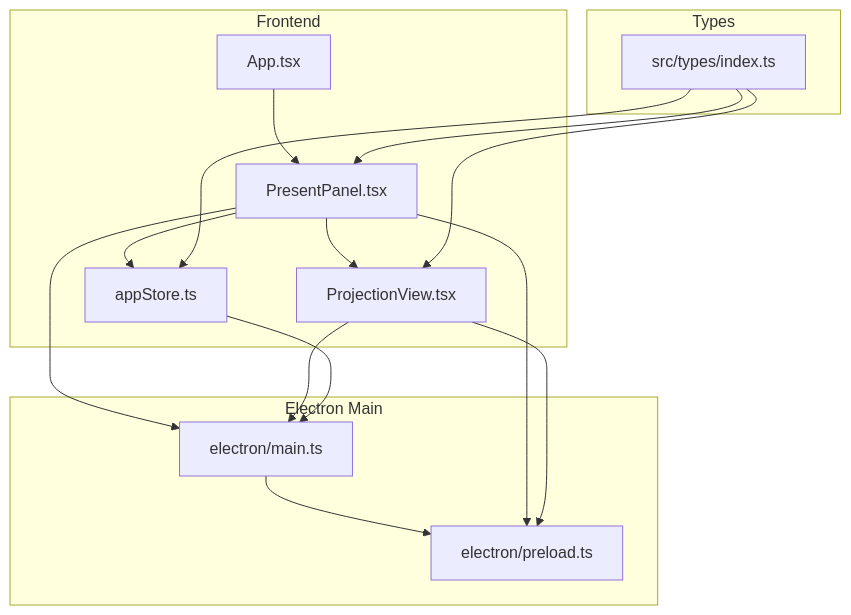
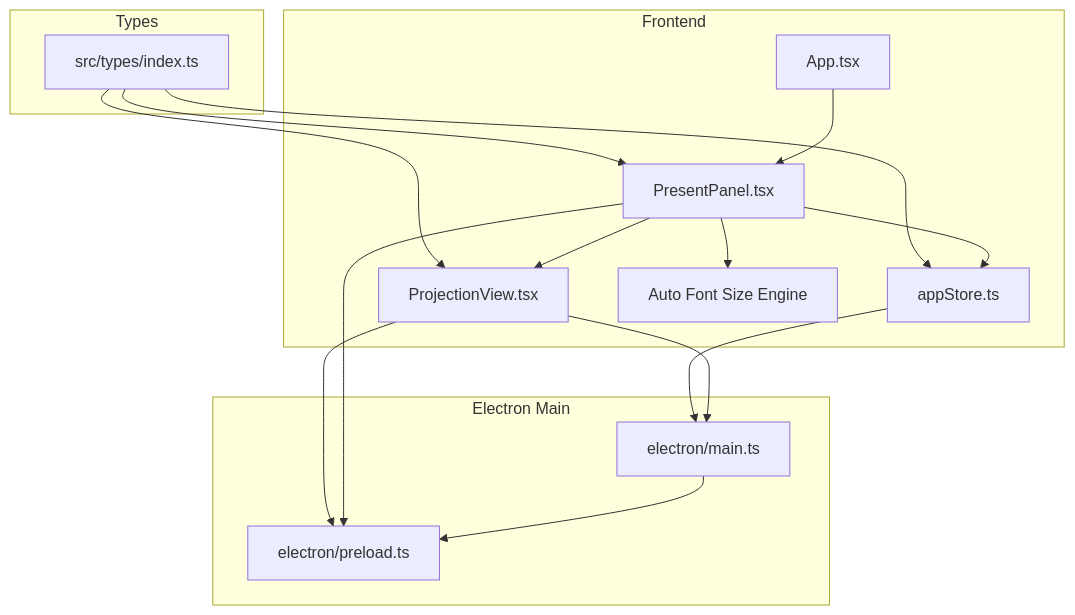
Before and after one commit to jimmywyk/lyricdeck: the first of 5 diagrams in .qoder/repowiki/en/content/User Interface Components/Presentation Controls Component.md, drawn with Mermaid. The commit also changed other lines of this file and 4 other files, not shown here.

````diff
--- a/.qoder/repowiki/en/content/User Interface Components/Presentation Controls Component.md
+++ b/.qoder/repowiki/en/content/User Interface Components/Presentation Controls Component.md
@@ -34,28 +42,29 @@
 ```mermaid
 graph TB
 subgraph "Frontend"
 PP["PresentPanel.tsx"]
 PV["ProjectionView.tsx"]
 AS["appStore.ts"]
 APP["App.tsx"]
+AUTO["Auto Font Size Engine"]
 end
 subgraph "Electron Main"
 MAIN["electron/main.ts"]
 PRELOAD["electron/preload.ts"]
 end
 subgraph "Types"
 TYPES["src/types/index.ts"]
 end
 APP --> PP
 PP --> AS
 PP --> PV
-PP --> MAIN
+PP --> AUTO
 PV --> MAIN
 AS --> MAIN
 MAIN --> PRELOAD
 PP --> PRELOAD
 PV --> PRELOAD
 TYPES --> PP
 TYPES --> PV
 TYPES --> AS
 ```
````
